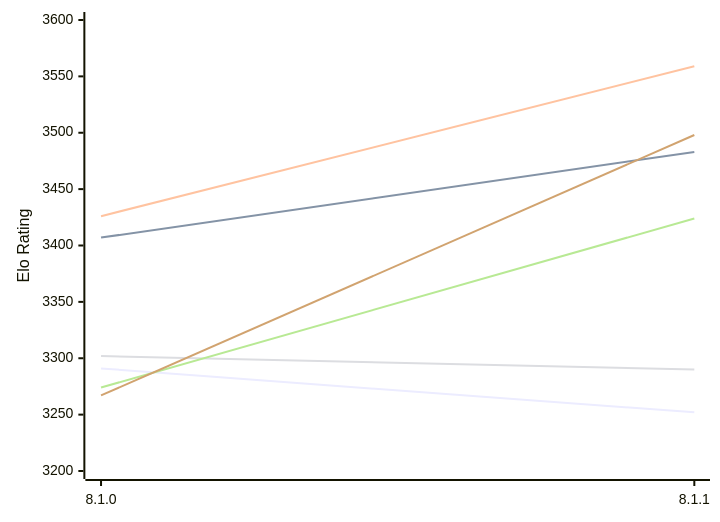
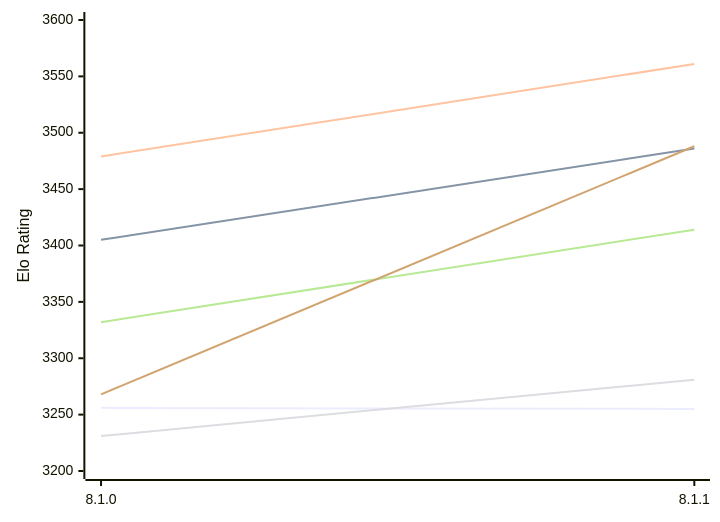
The first of 2 diagrams in engines/Velvet.md (computer-chess-index/cci), drawn with Mermaid before and after one commit. The commit also changed other lines of this file, not shown here.

Commit message:
Update CCI Ratings (ELO VLTC) - 2026-11-15

````diff
--- a/engines/Velvet.md
+++ b/engines/Velvet.md
@@ -51,12 +51,12 @@
 ```mermaid
 %%{init: {"theme":"base","themeVariables":{"seriesColors:['#a3a3a3','#222221','#faa371']}}}%%
 xychart-beta
   x-axis ["8.1.0", "8.1.1"]
   y-axis "Elo Rating" 3200 --> 3600
-  line "E1: STC (8.0+0.08s)" [3291, 3252]
-  line "E1: LTC (60.0+0.60s)" [3407, 3483]
-  line "E1: VLTC (2m24s+1.12s)" [3426, 3559]
-  line "P1: STC (8.0+0.08s)" [3302, 3290]
-  line "P1: LTC (60.0+0.60s)" [3274, 3424]
-  line "P1: VLTC (2m24s+1.12s)" [3267, 3498]
+  line "E1: STC (8.0+0.08s)" [3256, 3255]
+  line "E1: LTC (60.0+0.60s)" [3405, 3486]
+  line "E1: VLTC (2m24s+1.12s)" [3479, 3561]
+  line "P1: STC (8.0+0.08s)" [3231, 3281]
+  line "P1: LTC (60.0+0.60s)" [3332, 3414]
+  line "P1: VLTC (2m24s+1.12s)" [3268, 3488]
 ```
````
